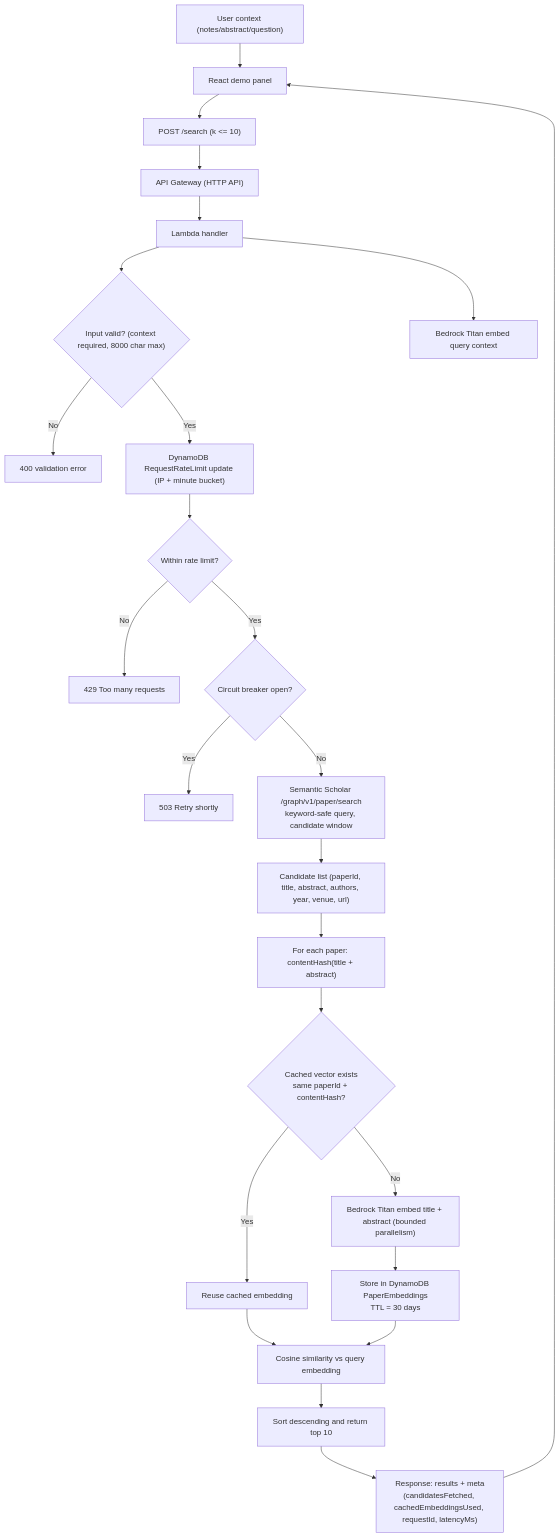
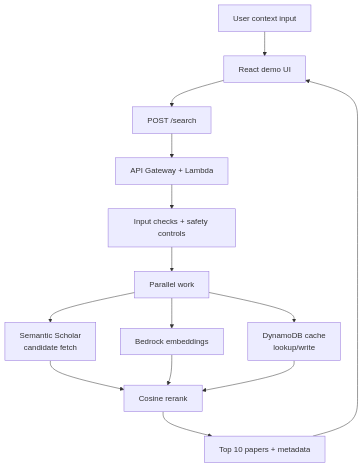
The diagram in src/content/research-paper-search/architecture.mmd (dantee-nv/dante-site), drawn with Mermaid before and after one commit. The commit also changed 3 other files, not shown here.

Commit message:
Improve paper-search architecture clarity and diagram readability

````diff
--- a/src/content/research-paper-search/architecture.mmd
+++ b/src/content/research-paper-search/architecture.mmd
@@ -1,30 +1,19 @@
 ```mermaid
 flowchart TD
-  A["User context (notes/abstract/question)"] --> B["React demo panel"]
-  B --> C["POST /search (k <= 10)"]
-  C --> D["API Gateway (HTTP API)"]
-  D --> E["Lambda handler"]
+  A["User context input"] --> B["React demo UI"]
+  B --> C["POST /search"]
+  C --> D["API Gateway + Lambda"]
+  D --> E["Input checks + safety controls"]
 
-  E --> F{"Input valid? (context required, 8000 char max)"}
-  F -- "No" --> F1["400 validation error"]
-  F -- "Yes" --> G["DynamoDB RequestRateLimit update (IP + minute bucket)"]
+  E --> P["Parallel work"]
+  P --> F["Semantic Scholar<br/>candidate fetch"]
+  P --> G["Bedrock embeddings"]
+  P --> H["DynamoDB cache<br/>lookup/write"]
 
-  G --> H{"Within rate limit?"}
-  H -- "No" --> H1["429 Too many requests"]
-  H -- "Yes" --> I{"Circuit breaker open?"}
-  I -- "Yes" --> I1["503 Retry shortly"]
-  I -- "No" --> J["Semantic Scholar /graph/v1/paper/search\nkeyword-safe query, candidate window"]
+  F --> I["Cosine rerank"]
+  G --> I
+  H --> I
 
-  E --> K["Bedrock Titan embed query context"]
-  J --> L["Candidate list (paperId, title, abstract, authors, year, venue, url)"]
-  L --> M["For each paper: contentHash(title + abstract)"]
-  M --> N{"Cached vector exists\nsame paperId + contentHash?"}
-  N -- "Yes" --> O["Reuse cached embedding"]
-  N -- "No" --> P["Bedrock Titan embed title + abstract (bounded parallelism)"]
-  P --> Q["Store in DynamoDB PaperEmbeddings\nTTL = 30 days"]
-  O --> R["Cosine similarity vs query embedding"]
-  Q --> R
-  R --> S["Sort descending and return top 10"]
-  S --> T["Response: results + meta\n(candidatesFetched, cachedEmbeddingsUsed, requestId, latencyMs)"]
-  T --> B
+  I --> J["Top 10 papers + metadata"]
+  J --> B
 ```
````
